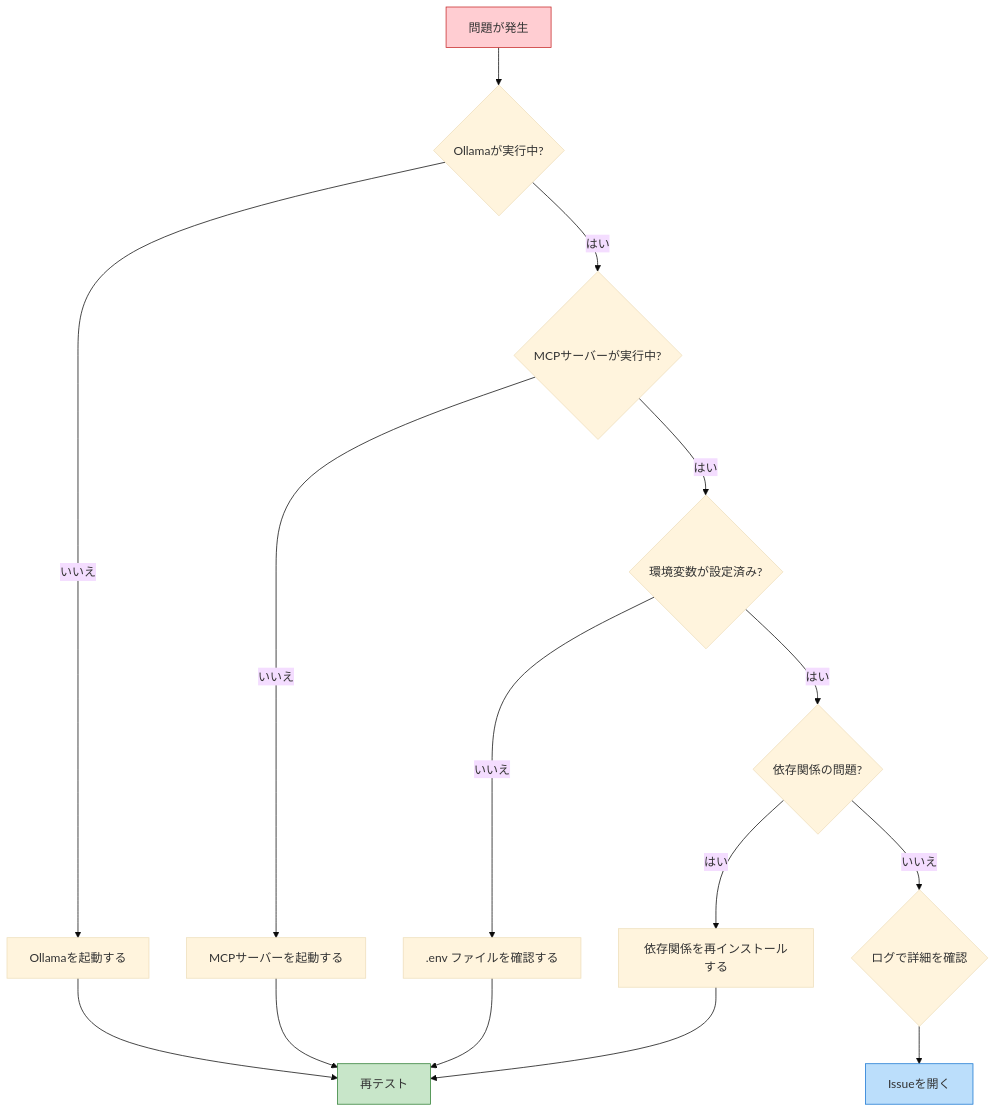
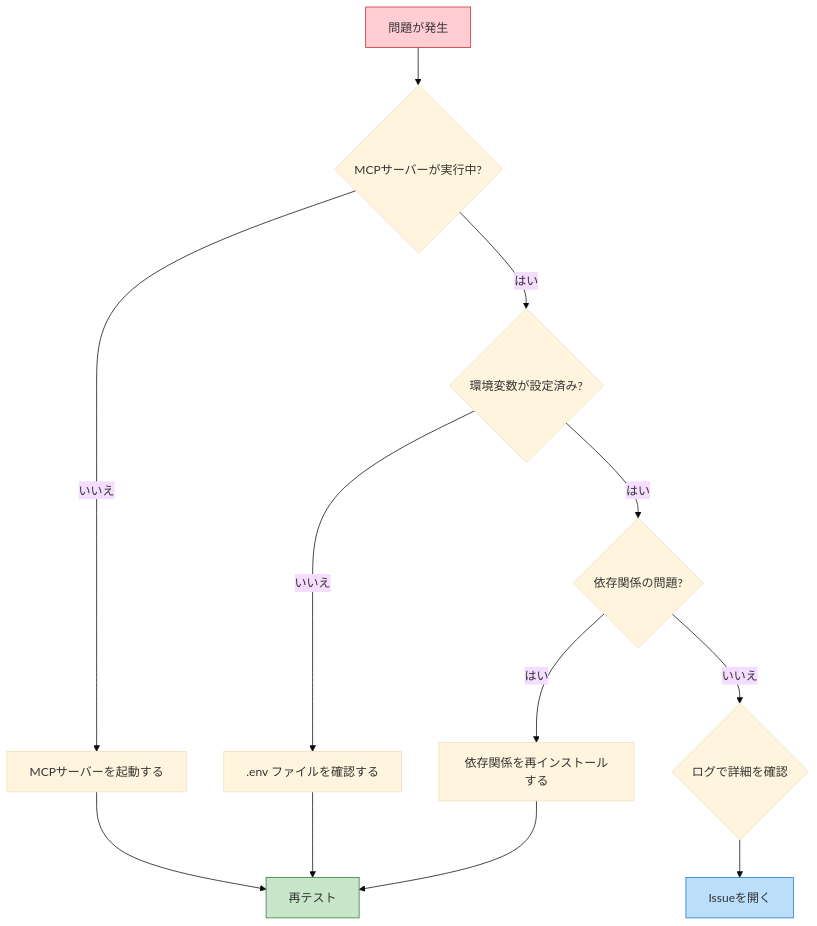
One commit to NewAITees/ollama-mcp-client-webapp changed the second of 2 diagrams in docs/DEVELOPMENT_SETUP.md. Above: the diagram before and after it, drawn with Mermaid (base theme). The commit also changed other lines of this file and 18 other files, not shown here.

````diff
--- a/docs/DEVELOPMENT_SETUP.md
+++ b/docs/DEVELOPMENT_SETUP.md
@@ -195,22 +215,19 @@
 ```mermaid
 flowchart TD
-    A[問題が発生] --> B{Ollamaが実行中?}
-    B -->|いいえ| C[Ollamaを起動する]
-    B -->|はい| D{MCPサーバーが実行中?}
-    D -->|いいえ| E[MCPサーバーを起動する]
-    D -->|はい| F{環境変数が設定済み?}
-    F -->|いいえ| G[.env ファイルを確認する]
-    F -->|はい| H{依存関係の問題?}
-    H -->|はい| I[依存関係を再インストールする]
-    H -->|いいえ| J{ログで詳細を確認}
+    A[問題が発生] --> B{MCPサーバーが実行中?}
+    B -->|いいえ| C[MCPサーバーを起動する]
+    B -->|はい| D{環境変数が設定済み?}
+    D -->|いいえ| E[.env ファイルを確認する]
+    D -->|はい| F{依存関係の問題?}
+    F -->|はい| G[依存関係を再インストールする]
+    F -->|いいえ| H{ログで詳細を確認}
     
-    C --> K[再テスト]
-    E --> K
-    G --> K
-    I --> K
-    J --> L[Issueを開く]
+    C --> I[再テスト]
+    E --> I
+    G --> I
+    H --> J[Issueを開く]
     
     style A fill:#ffcdd2,stroke:#c62828
-    style K fill:#c8e6c9,stroke:#2e7d32
-    style L fill:#bbdefb,stroke:#1976d2
+    style I fill:#c8e6c9,stroke:#2e7d32
+    style J fill:#bbdefb,stroke:#1976d2
 ```
````
